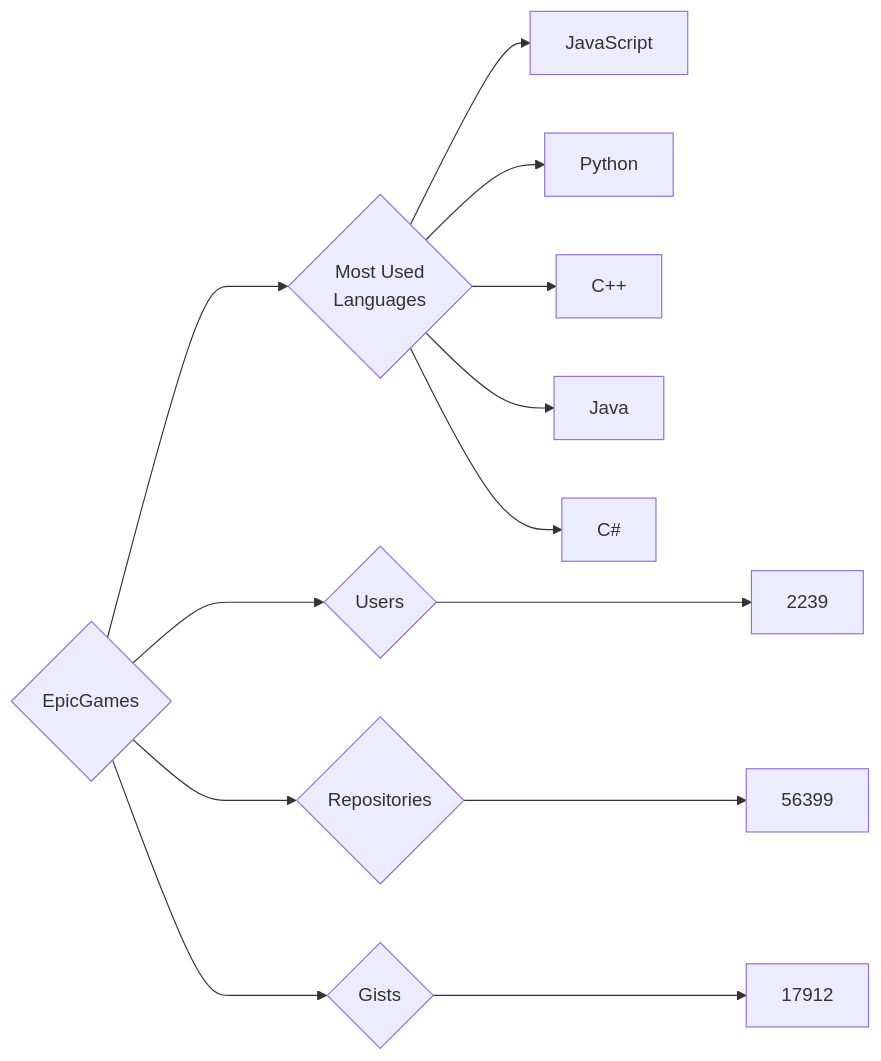
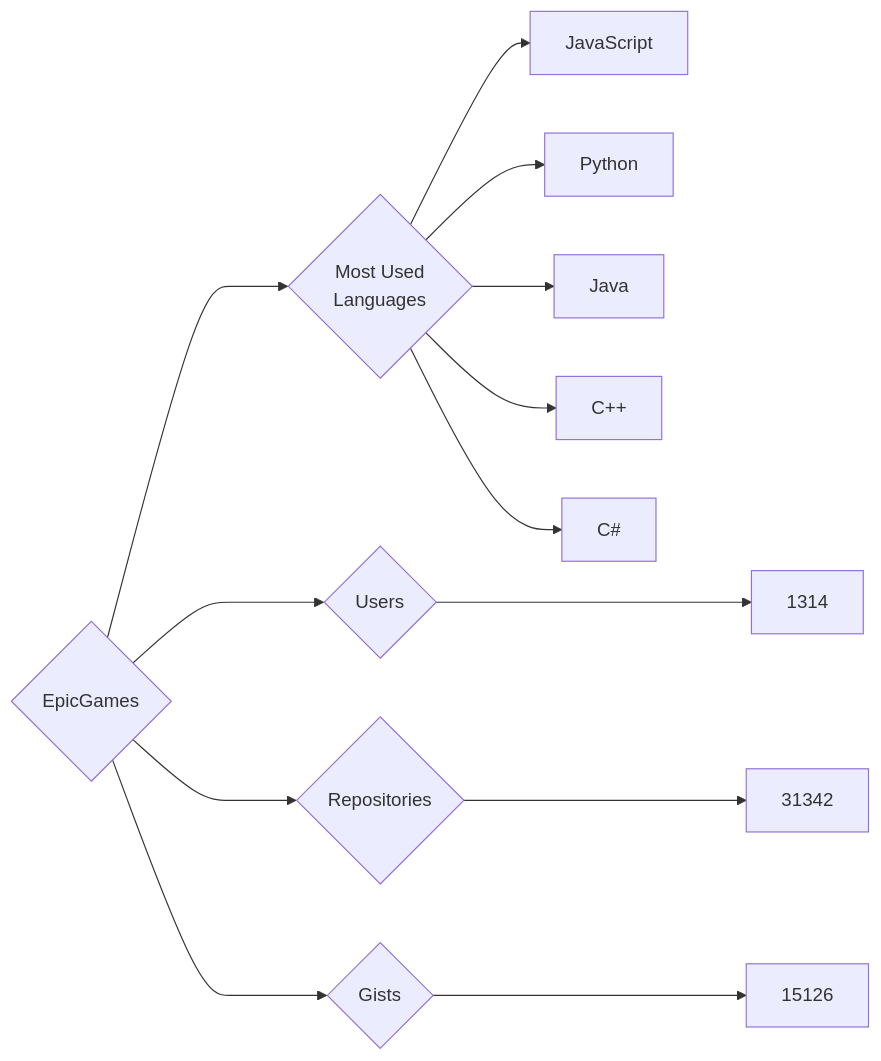
One commit to trickest/insiders changed the diagram in targets/EpicGames/README.md. Above: the diagram before and after it, drawn with Mermaid. The commit also changed 440 other files, not shown here.

````diff
--- a/targets/EpicGames/README.md
+++ b/targets/EpicGames/README.md
@@ -3,13 +3,13 @@
 ```mermaid
 graph LR
 COMPANY_NAME{EpicGames}
-COMPANY_NAME ---> U{Users} ---> UN[2239]
-COMPANY_NAME ---> R{Repositories} ---> RN[56399]
-COMPANY_NAME ---> G{Gists} ---> GN[17912]
+COMPANY_NAME ---> U{Users} ---> UN[1314]
+COMPANY_NAME ---> R{Repositories} ---> RN[31342]
+COMPANY_NAME ---> G{Gists} ---> GN[15126]
 COMPANY_NAME ---> ML{Most Used<br>Languages}
 ML --> JavaScript[JavaScript]
 ML --> Python[Python]
+ML --> Java[Java]
 ML --> C++[C++]
-ML --> Java[Java]
 ML --> C#[C#]
 ```
````
